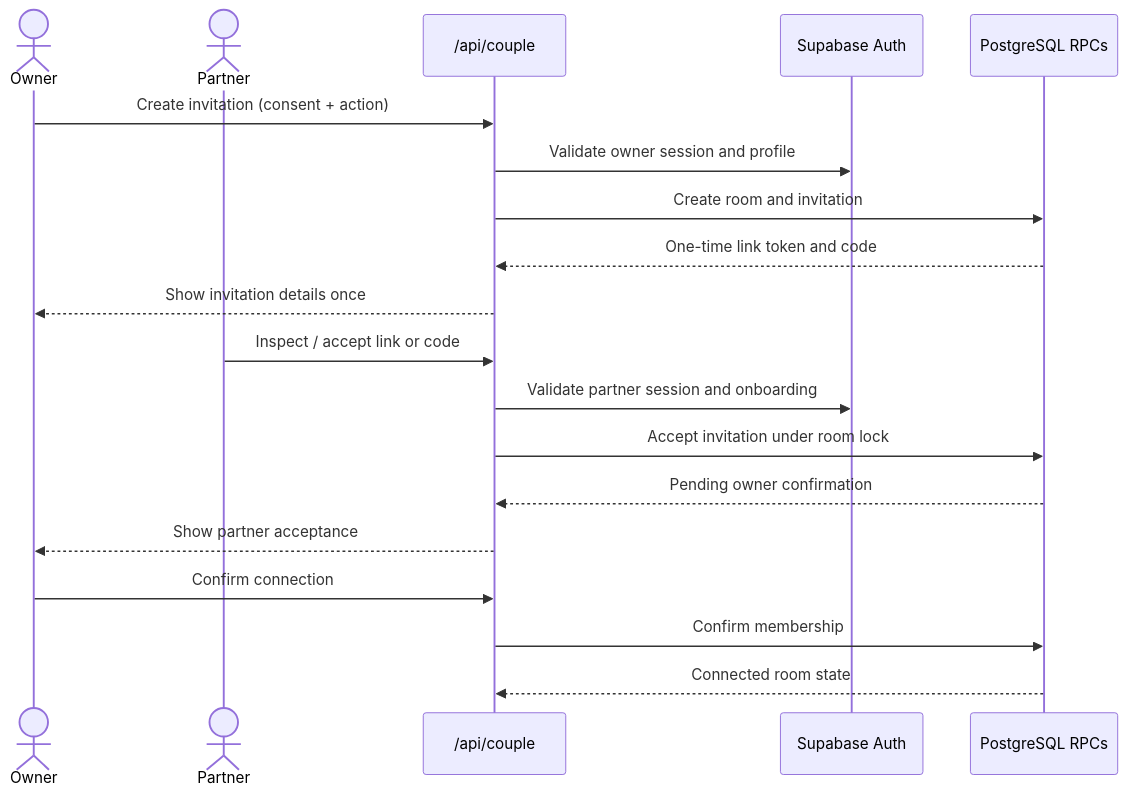
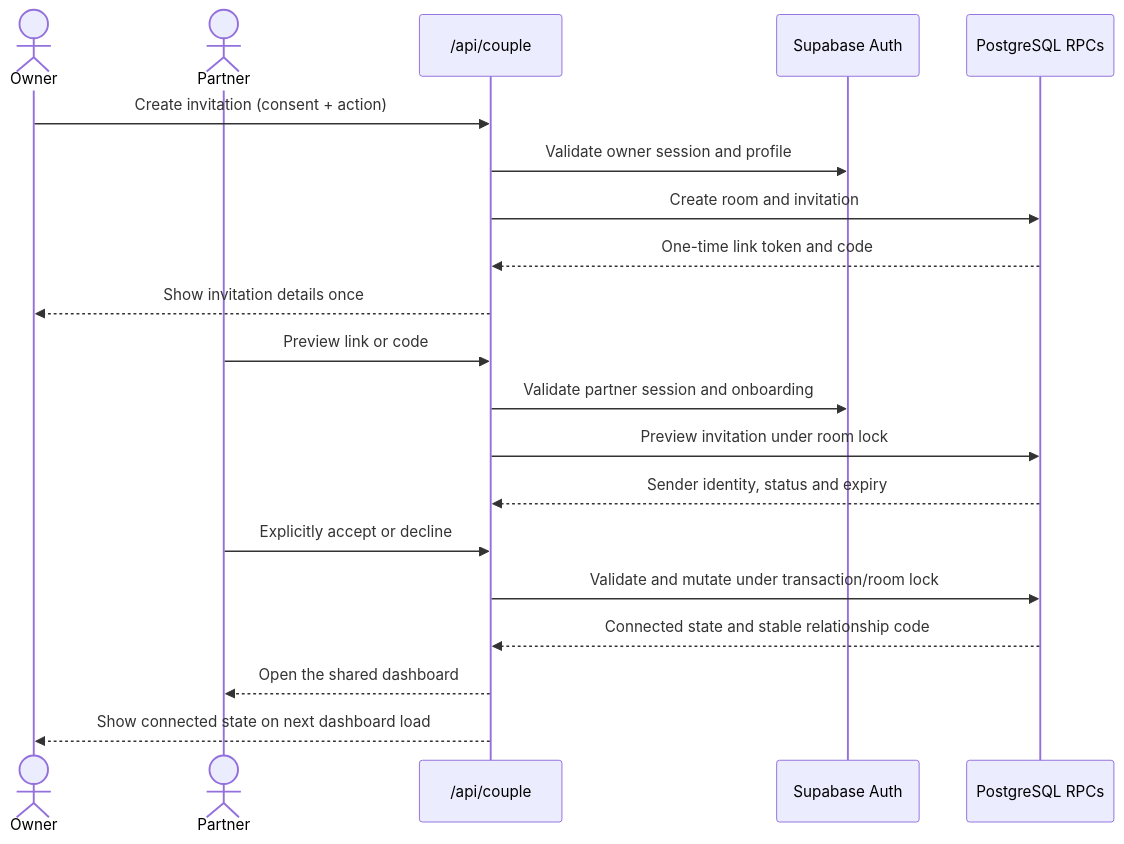
Before and after one commit to shubham-devx/shuvia: the third of 4 diagrams in docs/SYSTEM_DESIGN.md, drawn with Mermaid. The commit also changed other lines of this file and 16 other files, not shown here.

````diff
--- a/docs/SYSTEM_DESIGN.md
+++ b/docs/SYSTEM_DESIGN.md
@@ -75,22 +75,23 @@
 ```mermaid
 sequenceDiagram
   actor Owner
   actor Partner
   participant API as /api/couple
   participant Auth as Supabase Auth
   participant DB as PostgreSQL RPCs
 
   Owner->>API: Create invitation (consent + action)
   API->>Auth: Validate owner session and profile
   API->>DB: Create room and invitation
   DB-->>API: One-time link token and code
   API-->>Owner: Show invitation details once
-  Partner->>API: Inspect / accept link or code
+  Partner->>API: Preview link or code
   API->>Auth: Validate partner session and onboarding
-  API->>DB: Accept invitation under room lock
-  DB-->>API: Pending owner confirmation
-  API-->>Owner: Show partner acceptance
-  Owner->>API: Confirm connection
-  API->>DB: Confirm membership
-  DB-->>API: Connected room state
+  API->>DB: Preview invitation under room lock
+  DB-->>API: Sender identity, status and expiry
+  Partner->>API: Explicitly accept or decline
+  API->>DB: Validate and mutate under transaction/room lock
+  DB-->>API: Connected state and stable relationship code
+  API-->>Partner: Open the shared dashboard
+  API-->>Owner: Show connected state on next dashboard load
 ```
````
